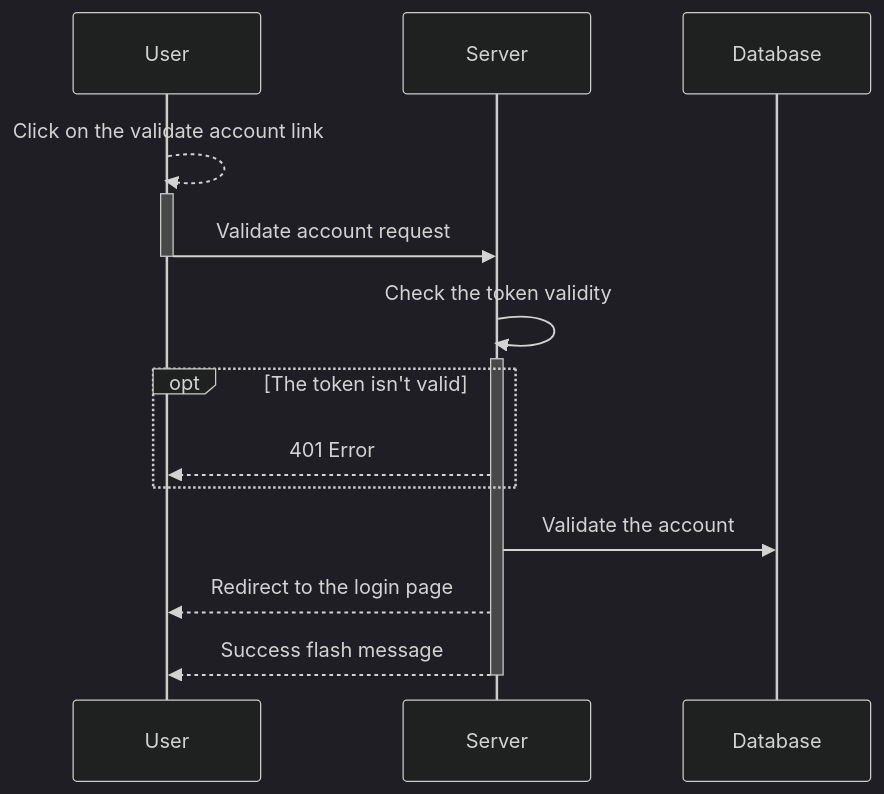
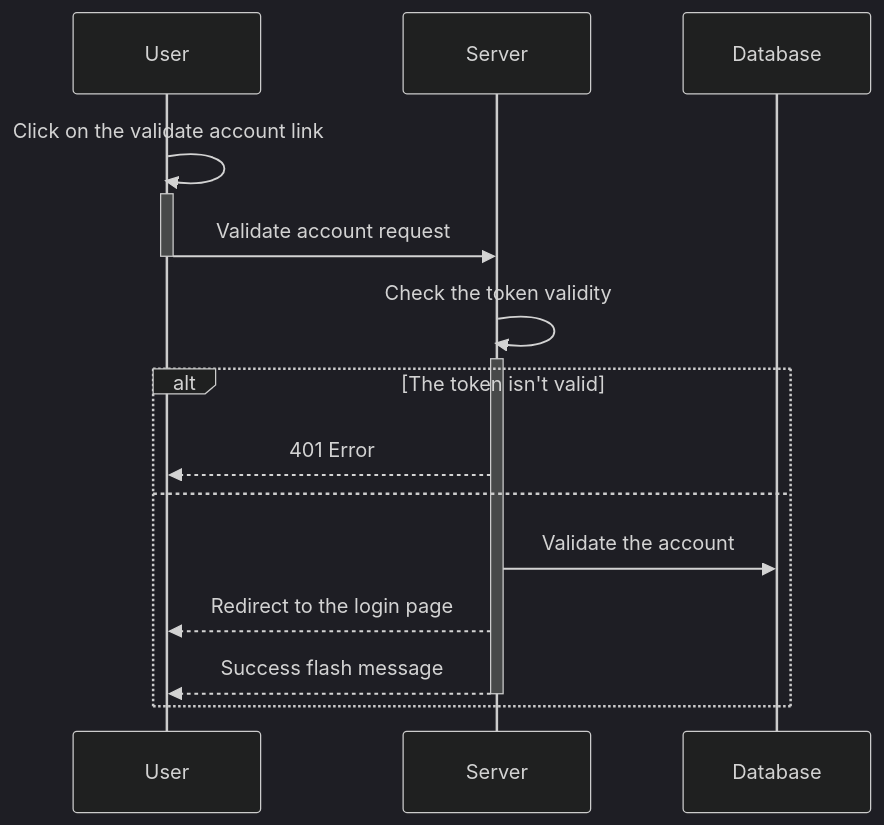
The diagram in docs/sequence/authentication/validate_account.md (acecconato/AnthonyCecconato_6_01102022), drawn with Mermaid (dark theme) before and after one commit. The commit also changed 15 other files, not shown here.

Commit message:
Update diagrams

````diff
--- a/docs/sequence/authentication/validate_account.md
+++ b/docs/sequence/authentication/validate_account.md
@@ -1,16 +1,16 @@
 ```mermaid
 sequenceDiagram
-    User -->>+ User: Click on the validate account link
+    User ->>+ User: Click on the validate account link
     User ->>- Server: Validate account request
 
     Server ->>+ Server: Check the token validity
 
-    opt The token isn't valid
+    alt The token isn't valid
         Server -->> User: 401 Error 
+    else
+        Server ->> Database: Validate the account
+    
+        Server -->> User: Redirect to the login page
+        Server -->>- User: Success flash message
     end
-
-    Server ->> Database: Validate the account
-
-    Server -->> User: Redirect to the login page
-    Server -->>- User: Success flash message
 ```
````
